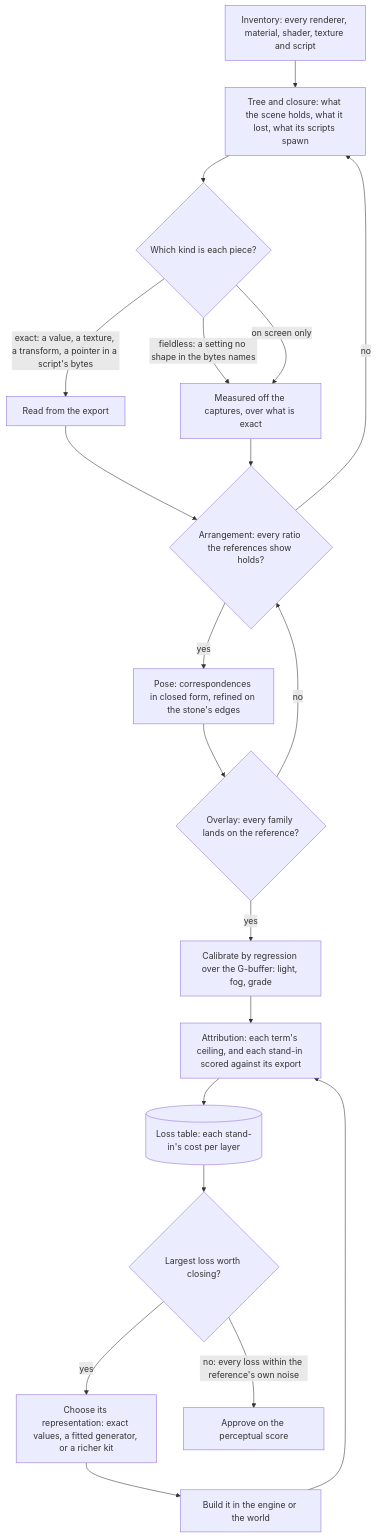
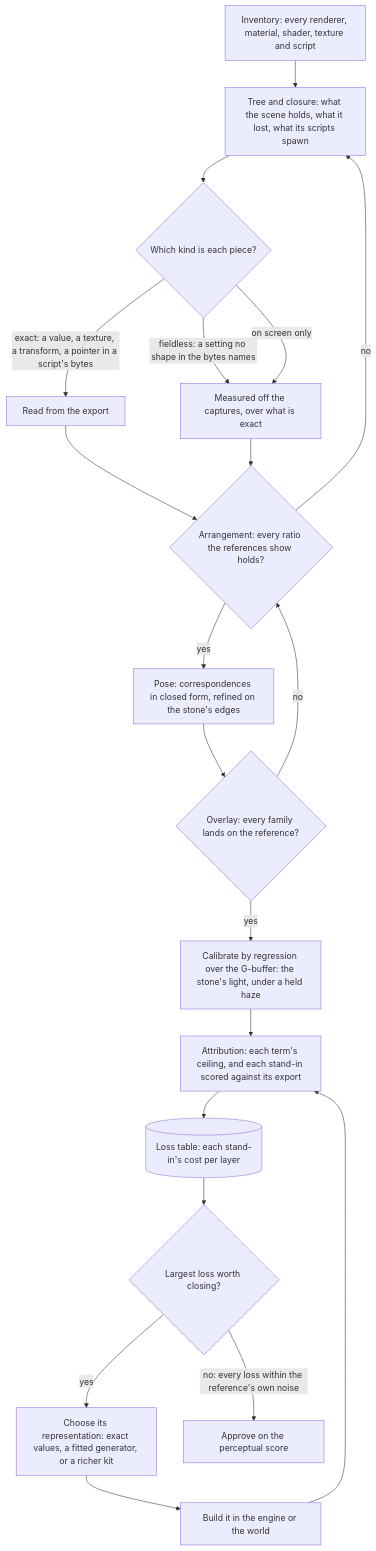
Before and after one commit to Esposter/Esposter: the diagram in apps/web/content/docs/proposals/genshin/scene-derivation.md, drawn with Mermaid. The commit also changed other lines of this file, not shown here.

First line of the commit message:
docs(genshin): scene derivation's calibration step solves the stone's light under a held haze, not the light, fog and grade

````diff
--- a/apps/web/content/docs/proposals/genshin/scene-derivation.md
+++ b/apps/web/content/docs/proposals/genshin/scene-derivation.md
@@ -29,22 +29,22 @@
 ```mermaid
 flowchart TD
   I["Inventory: every renderer, material, shader, texture and script"] --> T["Tree and closure: what the scene holds, what it lost, what its scripts spawn"]
   T --> K{Which kind is each piece?}
   K -->|"exact: a value, a texture, a transform, a pointer in a script's bytes"| X[Read from the export]
   K -->|"fieldless: a setting no shape in the bytes names"| M[Measured off the captures, over what is exact]
   K -->|"on screen only"| M
   X --> A{"Arrangement: every ratio the references show holds?"}
   M --> A
   A -->|no| T
   A -->|yes| P["Pose: correspondences in closed form, refined on the stone's edges"]
   P --> W{"Overlay: every family lands on the reference?"}
   W -->|no| A
-  W -->|yes| C["Calibrate by regression over the G-buffer: light, fog, grade"]
+  W -->|yes| C["Calibrate by regression over the G-buffer: the stone's light, under a held haze"]
   C --> L["Attribution: each term's ceiling, and each stand-in scored against its export"]
   L --> TB[(Loss table: each stand-in's cost per layer)]
   TB --> Q{Largest loss worth closing?}
   Q -->|yes| R["Choose its representation: exact values, a fitted generator, or a richer kit"]
   R --> B[Build it in the engine or the world]
   B --> L
   Q -->|"no: every loss within the reference's own noise"| D[Approve on the perceptual score]
 ```
````
